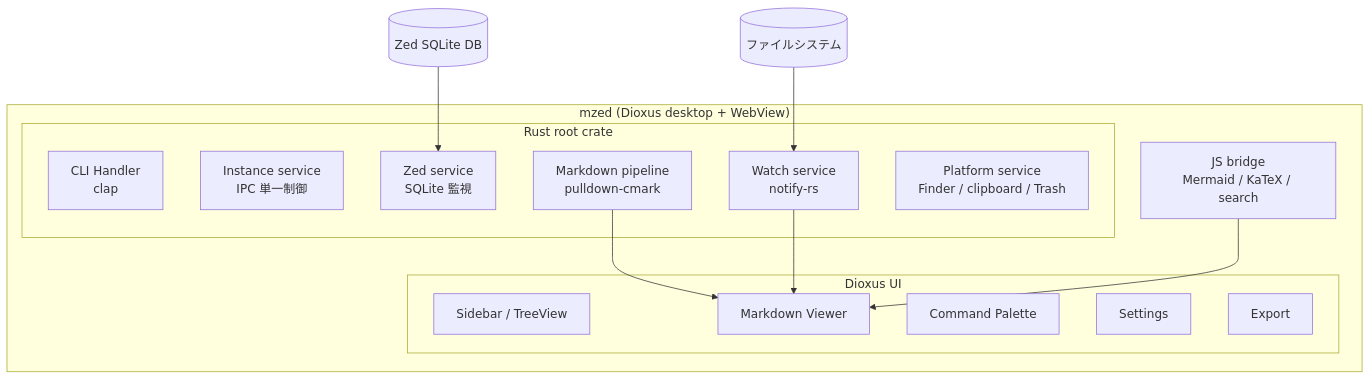
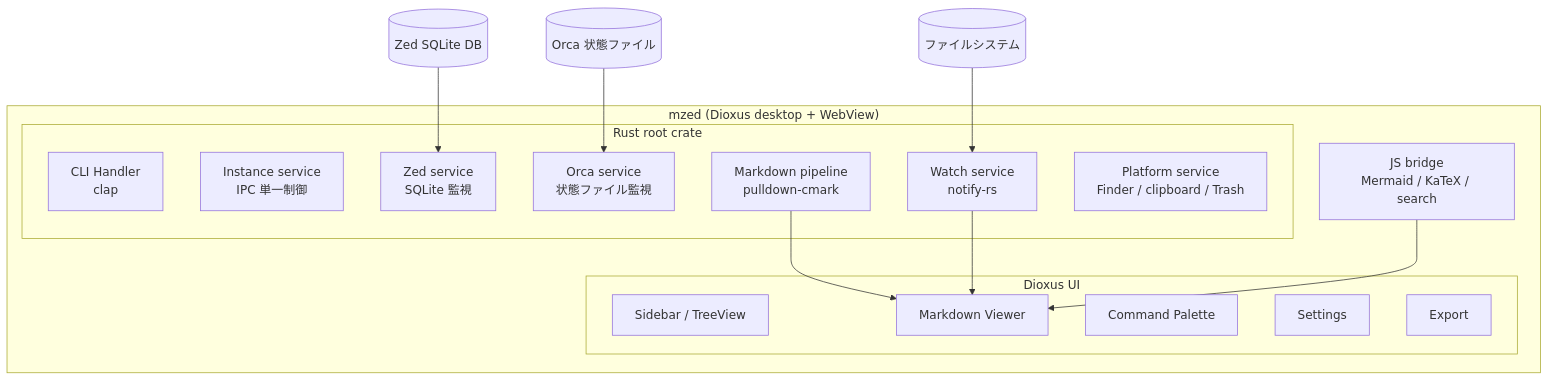
The first of 4 diagrams in docs/specs/01-architecture.md (MizuRyu/mzed), drawn with Mermaid before and after one commit. The commit also changed other lines of this file and 27 other files, not shown here.

````diff
--- a/docs/specs/01-architecture.md
+++ b/docs/specs/01-architecture.md
@@ -10,26 +10,28 @@
 ```mermaid
 graph TB
     subgraph "mzed (Dioxus desktop + WebView)"
         subgraph "Rust root crate"
             CLI[CLI Handler<br/>clap]
             IM[Instance service<br/>IPC 単一制御]
             ZM[Zed service<br/>SQLite 監視]
+            OM[Orca service<br/>状態ファイル監視]
             FW[Watch service<br/>notify-rs]
             MD[Markdown pipeline<br/>pulldown-cmark]
             OS[Platform service<br/>Finder / clipboard / Trash]
         end
         subgraph "Dioxus UI"
             SB[Sidebar / TreeView]
             MR[Markdown Viewer]
             CP[Command Palette]
             ST[Settings]
             EX[Export]
         end
         UIJS[JS bridge<br/>Mermaid / KaTeX / search]
         MD --> MR
         FW --> MR
         UIJS --> MR
     end
     ZedDB[(Zed SQLite DB)] --> ZM
+    OrcaFile[(Orca 状態ファイル)] --> OM
     FS[(ファイルシステム)] --> FW
 ```
````
